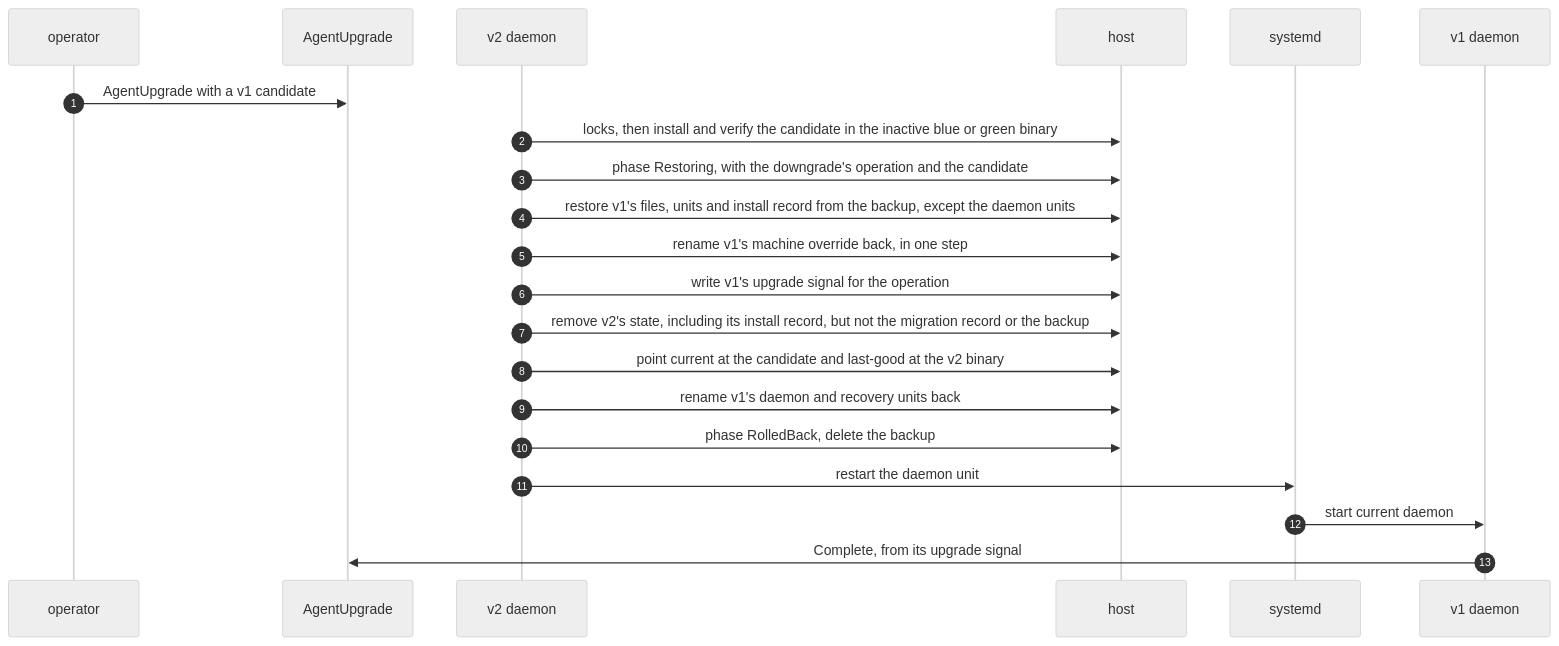
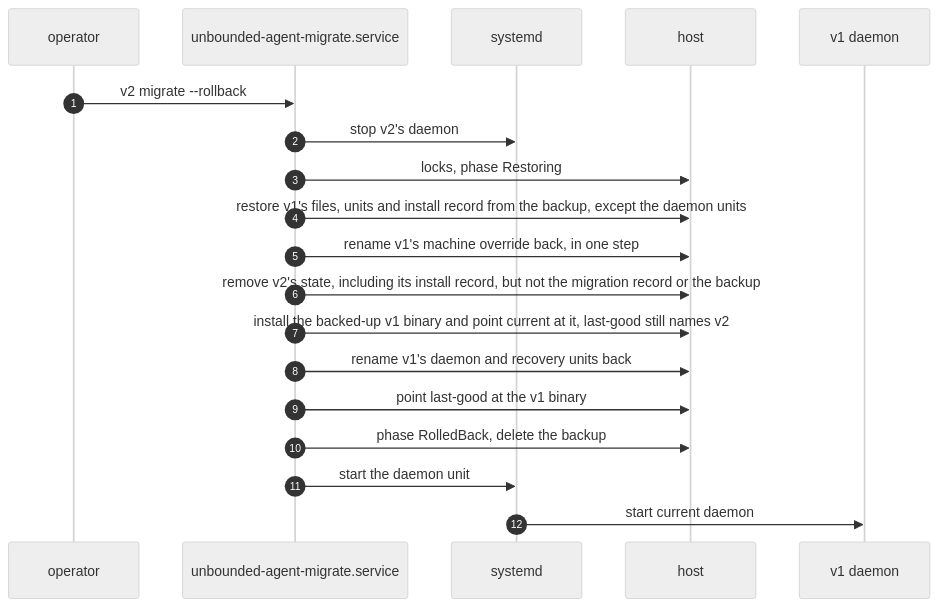
The sixth of 6 diagrams in designs/agent-v2/10-migration-from-v1.md (Azure/unbounded), drawn with Mermaid (neutral theme) before and after one commit. The commit also changed other lines of this file and 7 other files, not shown here.

First line of the commit message:
designs: roll back agent v2 migrations only on the host

````diff
--- a/designs/agent-v2/10-migration-from-v1.md
+++ b/designs/agent-v2/10-migration-from-v1.md
@@ -426,23 +432,21 @@
 ```mermaid
 sequenceDiagram
   autonumber
   participant Op as operator
-  participant MO as AgentUpgrade
-  participant D2 as v2 daemon
+  participant MG as unbounded-agent-migrate.service
+  participant SD as systemd
   participant H as host
-  participant SD as systemd
   participant D1 as v1 daemon
-  Op->>MO: AgentUpgrade with a v1 candidate
-  D2->>H: locks, then install and verify the candidate in the inactive blue or green binary
-  D2->>H: phase Restoring, with the downgrade's operation and the candidate
-  D2->>H: restore v1's files, units and install record from the backup, except the daemon units
-  D2->>H: rename v1's machine override back, in one step
-  D2->>H: write v1's upgrade signal for the operation
-  D2->>H: remove v2's state, including its install record, but not the migration record or the backup
-  D2->>H: point current at the candidate and last-good at the v2 binary
-  D2->>H: rename v1's daemon and recovery units back
-  D2->>H: phase RolledBack, delete the backup
-  D2->>SD: restart the daemon unit
+  Op->>MG: v2 migrate --rollback
+  MG->>SD: stop v2's daemon
+  MG->>H: locks, phase Restoring
+  MG->>H: restore v1's files, units and install record from the backup, except the daemon units
+  MG->>H: rename v1's machine override back, in one step
+  MG->>H: remove v2's state, including its install record, but not the migration record or the backup
+  MG->>H: install the backed-up v1 binary and point current at it, last-good still names v2
+  MG->>H: rename v1's daemon and recovery units back
+  MG->>H: point last-good at the v1 binary
+  MG->>H: phase RolledBack, delete the backup
+  MG->>SD: start the daemon unit
   SD->>D1: start current daemon
-  D1->>MO: Complete, from its upgrade signal
 ```
````
